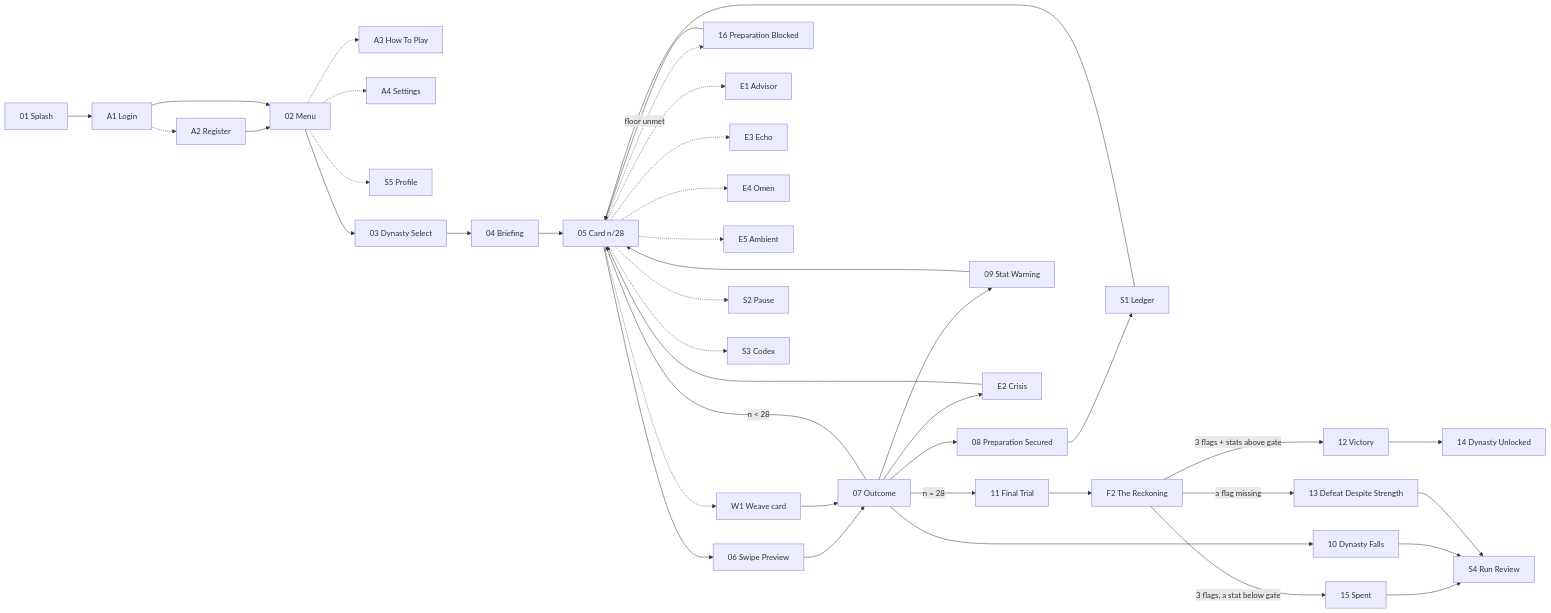
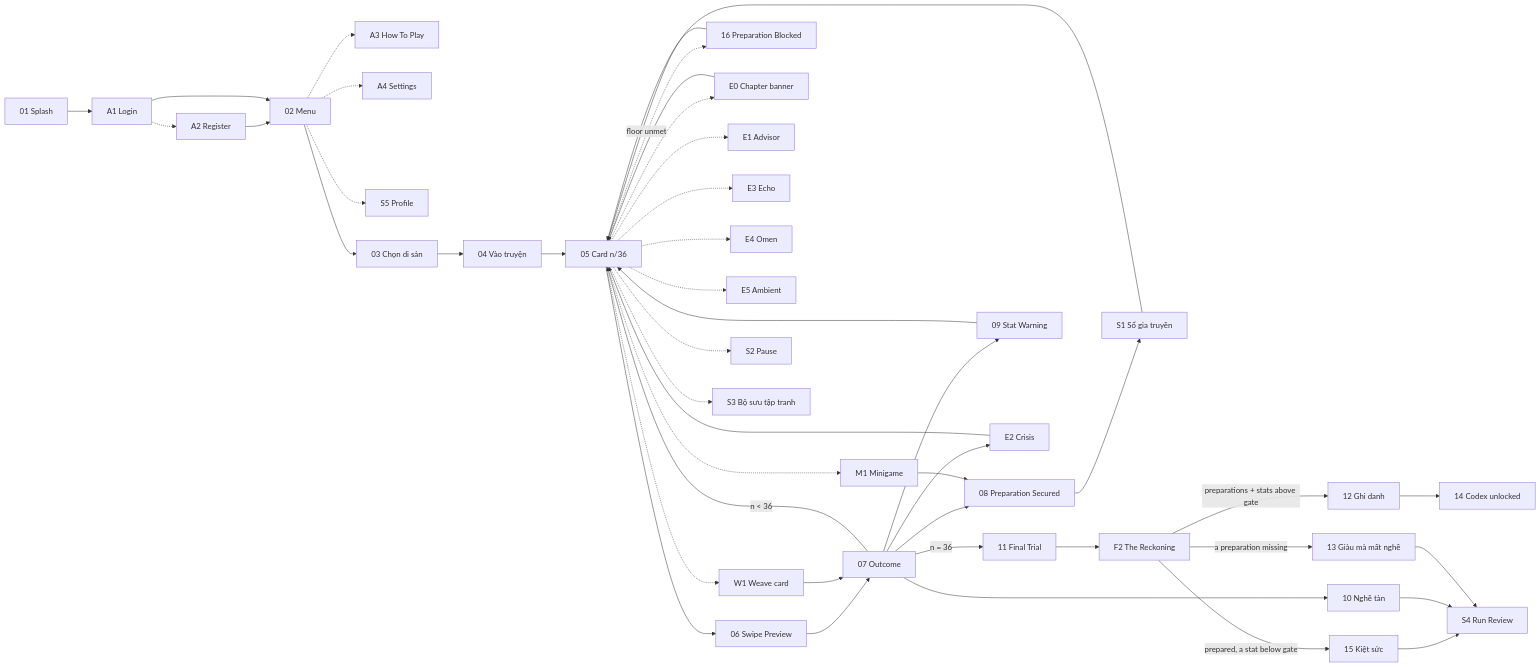
One commit to sonTungN/ios-kb changed the diagram in .claude/data-storage/design/user-journey.md. Above: the diagram before and after it, drawn with Mermaid. The commit also changed other lines of this file and 12 other files, not shown here.

First line of the commit message:
refactor(content): one continuous 36-card Dong Ho run to the 2025 trial

````diff
--- a/.claude/data-storage/design/user-journey.md
+++ b/.claude/data-storage/design/user-journey.md
@@ -13,43 +14,47 @@
 ```mermaid
 flowchart LR
   B1["01 Splash"] --> A1["A1 Login"]
   A1 -.-> A2["A2 Register"]
   A2 --> B2
   A1 --> B2["02 Menu"]
   B2 -.-> A3["A3 How To Play"]
   B2 -.-> A4["A4 Settings"]
   B2 -.-> S5["S5 Profile"]
-  B2 --> B3["03 Dynasty Select"]
-  B3 --> B4["04 Briefing"]
-  B4 --> C["05 Card n/28"]
+  B2 --> B3["03 Chọn di sản"]
+  B3 --> B4["04 Vào truyện"]
+  B4 --> C["05 Card n/36"]
   C --> B6["06 Swipe Preview"]
   B6 --> B7["07 Outcome"]
-  B7 -->|n &lt; 28| C
+  B7 -->|n &lt; 36| C
   B7 --> B8["08 Preparation Secured"]
-  B8 --> S1["S1 Ledger"]
+  B8 --> S1["S1 Sổ gia truyền"]
   S1 --> C
   B7 --> B9["09 Stat Warning"]
   B9 --> C
   B7 --> E2["E2 Crisis"]
   E2 --> C
-  B7 --> B10["10 Dynasty Falls"]
-  B7 -->|n = 28| B11["11 Final Trial"]
+  B7 --> B10["10 Nghề tàn"]
+  B7 -->|n = 36| B11["11 Final Trial"]
   B11 --> F2["F2 The Reckoning"]
-  F2 -->|3 flags + stats above gate| B12["12 Victory"]
-  F2 -->|a flag missing| B13["13 Defeat Despite Strength"]
-  F2 -->|3 flags, a stat below gate| B15["15 Spent"]
+  F2 -->|preparations + stats above gate| B12["12 Ghi danh"]
+  F2 -->|a preparation missing| B13["13 Giàu mà mất nghề"]
+  F2 -->|prepared, a stat below gate| B15["15 Kiệt sức"]
   C -.->|floor unmet| B16["16 Preparation Blocked"]
   B16 --> C
+  C -.-> E0["E0 Chapter banner"]
+  E0 --> C
   B15 --> S4
-  B12 --> B14["14 Dynasty Unlocked"]
+  B12 --> B14["14 Codex unlocked"]
   B10 --> S4["S4 Run Review"]
   B13 --> S4
   C -.-> E1["E1 Advisor"]
   C -.-> E3["E3 Echo"]
   C -.-> E4["E4 Omen"]
   C -.-> E5["E5 Ambient"]
+  C -.-> M1["M1 Minigame"]
+  M1 --> B8
   C -.-> W1["W1 Weave card"]
   W1 --> B7
   C -.-> S2["S2 Pause"]
-  C -.-> S3["S3 Codex"]
+  C -.-> S3["S3 Bộ sưu tập tranh"]
 ```
````
